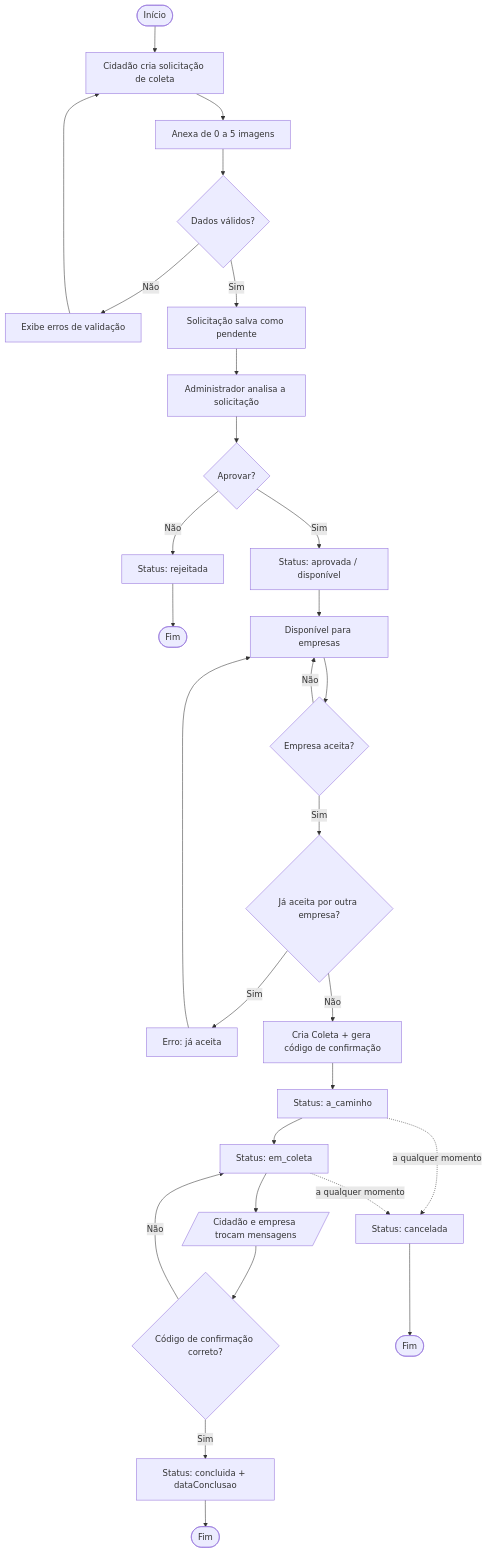
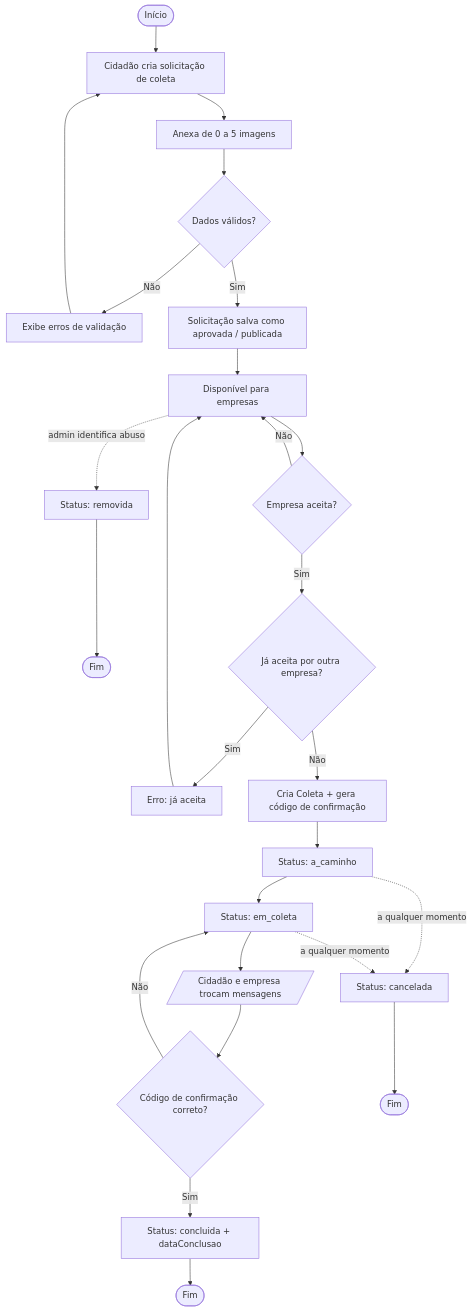
Before and after one commit to lononeiro/olx-ecologico: the diagram in docs/APENDICE-D-atividades.md, drawn with Mermaid. The commit also changed other lines of this file and 53 other files, not shown here.

First line of the commit message:
docs(uml): revisao dos diagramas e sincronizacao docs/ com uml/

````diff
--- a/docs/APENDICE-D-atividades.md
+++ b/docs/APENDICE-D-atividades.md
@@ -8,36 +9,32 @@
 ```mermaid
 flowchart TD
     inicio([Início]) --> criar[Cidadão cria solicitação de coleta]
     criar --> imgs[Anexa de 0 a 5 imagens]
     imgs --> valida{Dados válidos?}
     valida -- Não --> erroV[Exibe erros de validação]
     erroV --> criar
-    valida -- Sim --> pendente[Solicitação salva como pendente]
+    valida -- Sim --> aprovada[Solicitação salva como aprovada / publicada]
+    aprovada --> espera[Disponível para empresas]
 
-    pendente --> analisa[Administrador analisa a solicitação]
-    analisa --> decisao{Aprovar?}
-    decisao -- Não --> rejeitada[Status: rejeitada]
-    rejeitada --> fimRej([Fim])
-
-    decisao -- Sim --> aprovada[Status: aprovada / disponível]
-    aprovada --> espera[Disponível para empresas]
+    espera -. admin identifica abuso .-> removida[Status: removida]
+    removida --> fimRem([Fim])
 
     espera --> aceita{Empresa aceita?}
     aceita -- Não --> espera
     aceita -- Sim --> verifica{Já aceita por outra empresa?}
     verifica -- Sim --> erroA[Erro: já aceita]
     erroA --> espera
     verifica -- Não --> coleta[Cria Coleta + gera código de confirmação]
 
     coleta --> caminho[Status: a_caminho]
     caminho --> emcoleta[Status: em_coleta]
     emcoleta --> chat[/Cidadão e empresa trocam mensagens/]
     chat --> codigo{Código de confirmação correto?}
     codigo -- Não --> emcoleta
     codigo -- Sim --> concluida[Status: concluida + dataConclusao]
     concluida --> fim([Fim])
 
     caminho -. a qualquer momento .-> cancelada[Status: cancelada]
     emcoleta -. a qualquer momento .-> cancelada
     cancelada --> fimCan([Fim])
 ```
````
